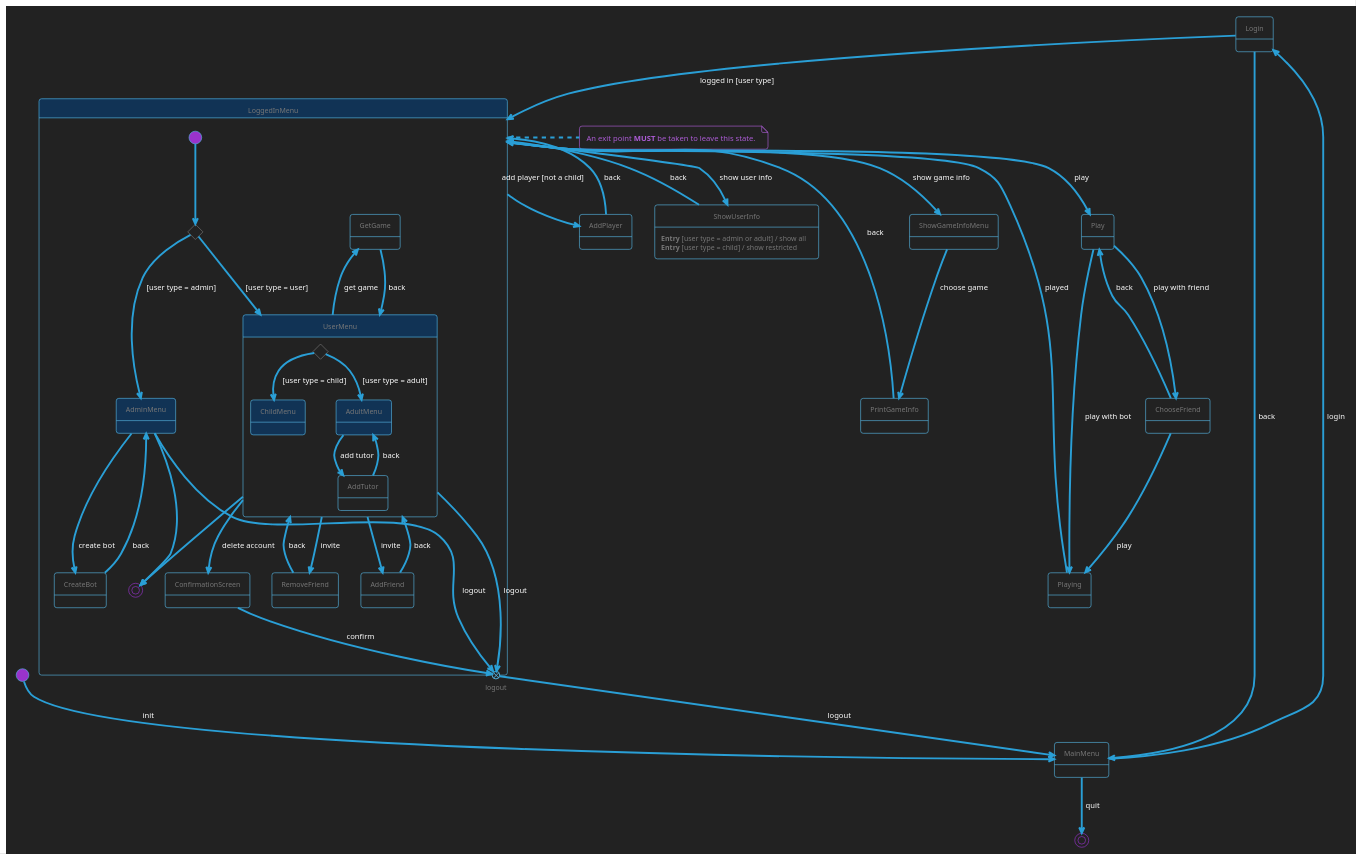
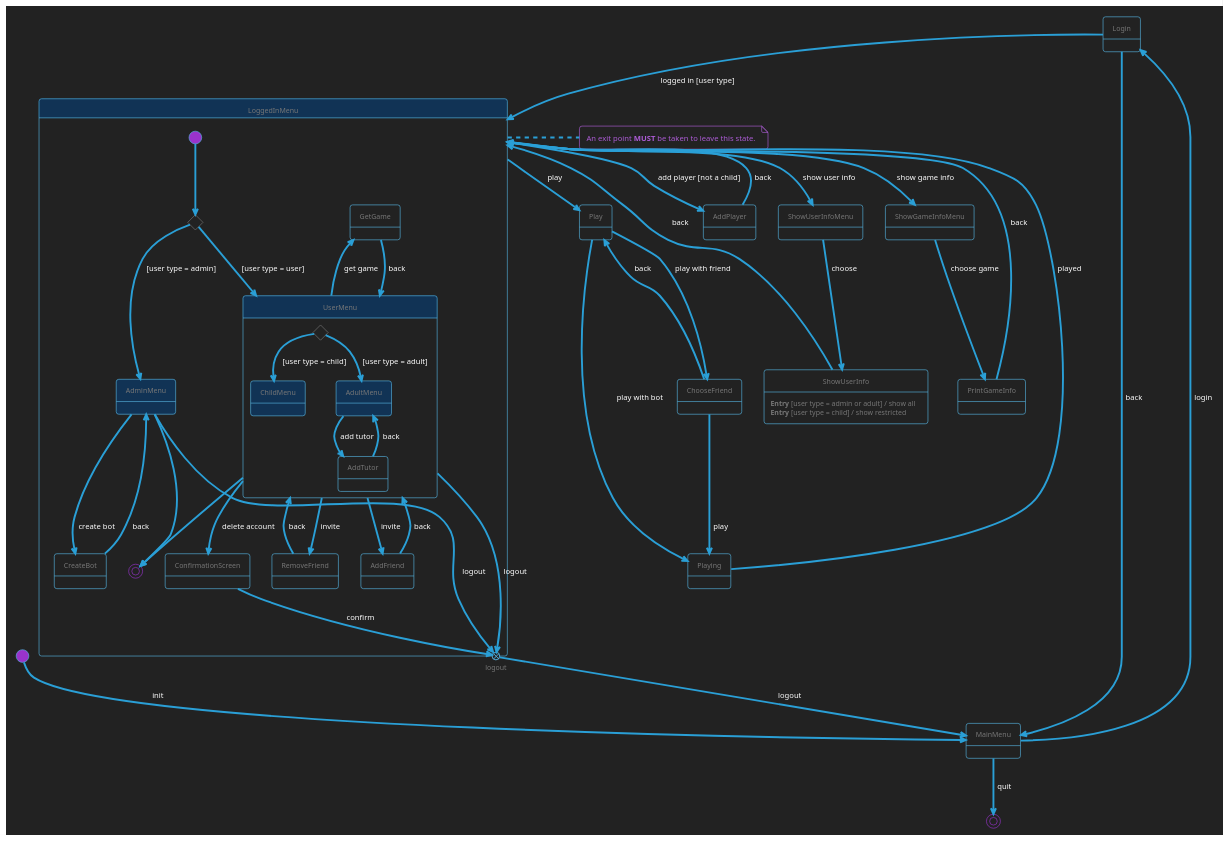
Before and after one commit to Picorims/game-hub: the diagram in docs/menu_state_machine.plantuml, drawn with PlantUML. The commit also changed 11 other files, not shown here.

Commit message:
✨ feat(ui): show player info

```diff
--- a/docs/menu_state_machine.plantuml
+++ b/docs/menu_state_machine.plantuml
@@ -1,109 +1,111 @@
 @startuml menu_state_machine
 'MIT License
 '
 'Copyright (c) 2023 Picorims alias Charly Schmidt
 '
 'Permission is hereby granted, free of charge, to any person obtaining a copy
 'of this software and associated documentation files (the "Software"), to deal
 'in the Software without restriction, including without limitation the rights
 'to use, copy, modify, merge, publish, distribute, sublicense, and/or sell
 'copies of the Software, and to permit persons to whom the Software is
 'furnished to do so, subject to the following conditions:
 '
 'The above copyright notice and this permission notice shall be included in all
 'copies or substantial portions of the Software.
 '
 'THE SOFTWARE IS PROVIDED "AS IS", WITHOUT WARRANTY OF ANY KIND, EXPRESS OR
 'IMPLIED, INCLUDING BUT NOT LIMITED TO THE WARRANTIES OF MERCHANTABILITY,
 'FITNESS FOR A PARTICULAR PURPOSE AND NONINFRINGEMENT. IN NO EVENT SHALL THE
 'AUTHORS OR COPYRIGHT HOLDERS BE LIABLE FOR ANY CLAIM, DAMAGES OR OTHER
 'LIABILITY, WHETHER IN AN ACTION OF CONTRACT, TORT OR OTHERWISE, ARISING FROM,
 'OUT OF OR IN CONNECTION WITH THE SOFTWARE OR THE USE OR OTHER DEALINGS IN THE
 'SOFTWARE.
 
 !theme cyborg-outline
 skinparam BackgroundColor #222222
 
-state ShowUserInfo
+state ShowUserInfoMenu
 state ShowGameInfoMenu
 state AddPlayer
 
 [*] --> MainMenu: init
 
 MainMenu --> Login: login
 MainMenu --> [*]: quit
 
 Login --> LoggedInMenu: logged in [user type]
 Login --> MainMenu: back
 
 state LoggedInMenu #113355 {
     state logout <<exitPoint>>
 
     state loginChoice <<choice>>
     [*] --> loginChoice
     loginChoice --> UserMenu: [user type = user]
     loginChoice --> AdminMenu: [user type = admin]
 
     state AdminMenu #113355
     AdminMenu --> logout: logout
     AdminMenu --> CreateBot: create bot
     AdminMenu --> [*]
 
     CreateBot --> AdminMenu: back
 
     state UserMenu #113355 {
         state userChoice <<choice>>
         userChoice --> ChildMenu: [user type = child]
         userChoice --> AdultMenu: [user type = adult]
 
         state ChildMenu #113355
 
         state AdultMenu #113355
         AdultMenu --> AddTutor: add tutor
 
         AddTutor --> AdultMenu: back
     }
     UserMenu --> AddFriend: invite
     UserMenu --> RemoveFriend: invite
     UserMenu -up-> GetGame: get game
     UserMenu --> logout: logout
     UserMenu --> ConfirmationScreen: delete account
     UserMenu --> [*]
 
     ConfirmationScreen --> logout: confirm
 
     GetGame --> UserMenu: back
 
     AddFriend --> UserMenu: back
 
     RemoveFriend --> UserMenu: back
 }
 logout --> MainMenu: logout
-LoggedInMenu --> ShowUserInfo: show user info
+LoggedInMenu --> ShowUserInfoMenu: show user info
 LoggedInMenu --> ShowGameInfoMenu: show game info
 LoggedInMenu --> AddPlayer: add player [not a child]
 LoggedInMenu --> Play: play
 
 note right of LoggedInMenu
     An exit point <b>MUST</b> be taken to leave this state.
 end note
+
+ShowUserInfoMenu --> ShowUserInfo: choose
 
 ShowUserInfo: <b>Entry</b> [user type = admin or adult] / show all
 ShowUserInfo: <b>Entry</b> [user type = child] / show restricted
 ShowUserInfo --> LoggedInMenu: back
 
 ShowGameInfoMenu --> PrintGameInfo: choose game
 
 PrintGameInfo --> LoggedInMenu: back
 
 AddPlayer --> LoggedInMenu: back
 
 Play --> ChooseFriend: play with friend
 Play --> Playing: play with bot
 
 ChooseFriend --> Playing: play
 ChooseFriend --> Play: back
 
 Playing --> LoggedInMenu: played
 
 @enduml
```
